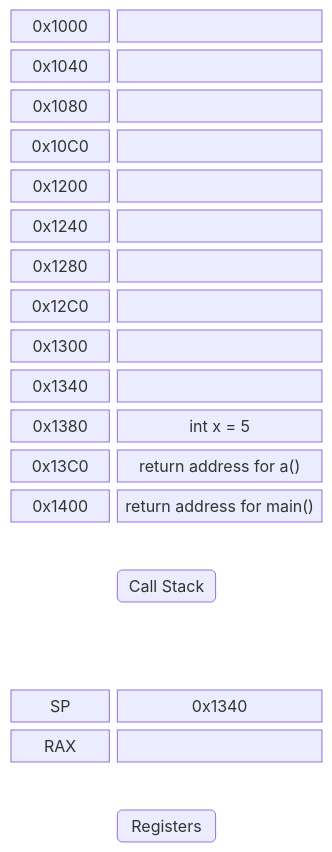
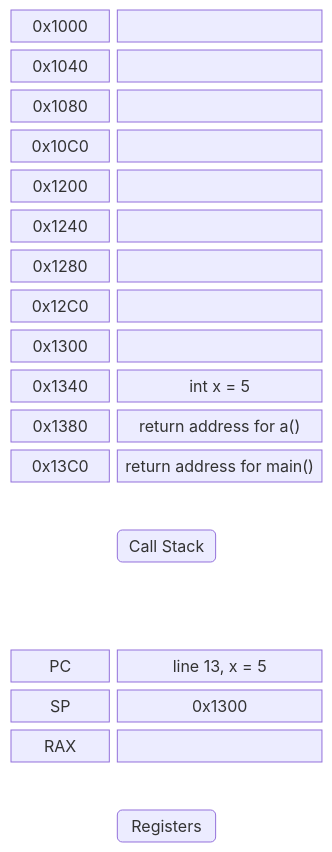
One commit to GlennVL-AP/cpp-programming-slides changed the fifth of 19 diagrams in slides/session_6/index.md. Above: the diagram before and after it, drawn with Mermaid. The commit also changed other lines of this file, not shown here.

````diff
--- a/slides/session_6/index.md
+++ b/slides/session_6/index.md
@@ -824,40 +915,40 @@
 ```mermaid
 block-beta
   columns 3
   addr1["0x1000"]:1
   frame1[" "]:2
   addr2["0x1040"]:1
   frame2[" "]:2
   addr3["0x1080"]:1
   frame3[" "]:2
   addr4["0x10C0"]:1
   frame4[" "]:2
   addr5["0x1200"]:1
   frame5[" "]:2
   addr6["0x1240"]:1
   frame6[" "]:2
   addr7["0x1280"]:1
   frame7[" "]:2
   addr8["0x12C0"]:1
   frame8[" "]:2
   addr9["0x1300"]:1
   frame9[" "]:2
   addr10["0x1340"]:1
-  frame10[" "]:2
+  frame10["int x = 5"]:2
   addr11["0x1380"]:1
-  frame11["int x = 5"]:2
+  frame11["return address for a()"]:2
   addr12["0x13C0"]:1
-  frame12["return address for a()"]:2
-  addr13["0x1400"]:1
-  frame13["return address for main()"]:2
+  frame12["return address for main()"]:2
   space:3
   space callstack("Call Stack") space
   space:3
   space:3
-  reg1["SP"]:1
-  regval1["0x1340"]:2
-  reg2["RAX"]:1
-  regval2[" "]:2
+  reg1["PC"]:1
+  regval1["line 13, x = 5"]:2
+  reg2["SP"]:1
+  regval2["0x1300"]:2
+  reg3["RAX"]:1
+  regval3[" "]:2
   space:3
   space registers("Registers") space
 ```
````
